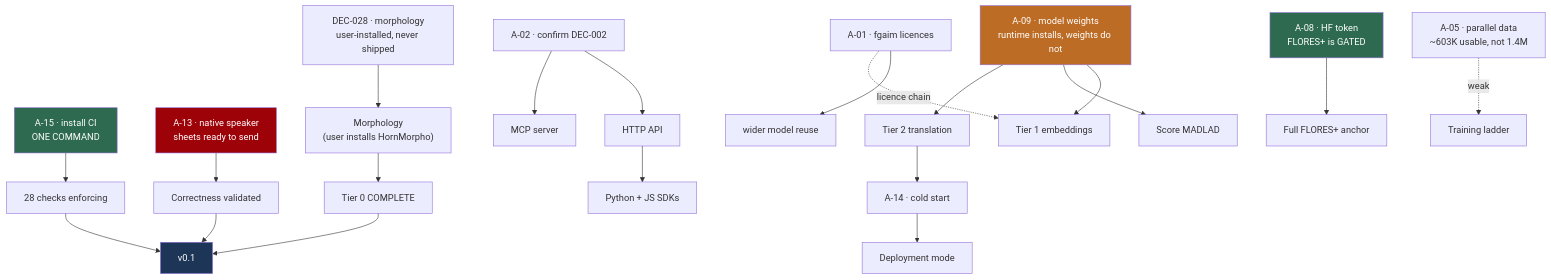
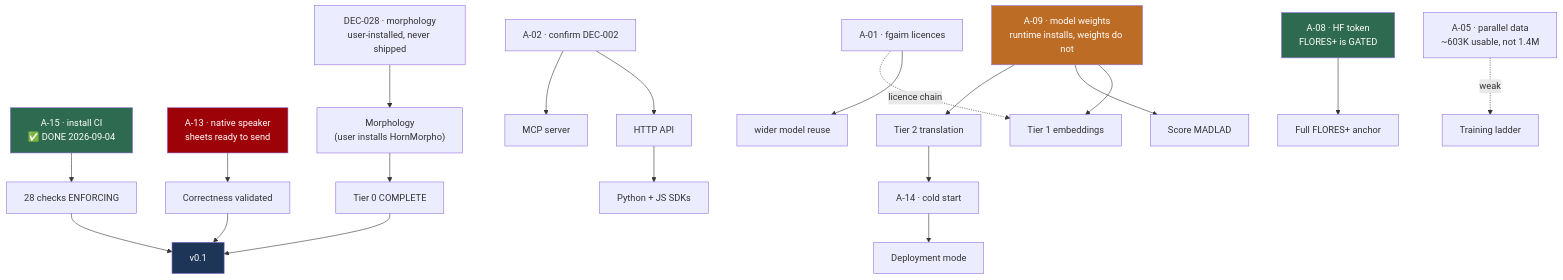
The diagram in docs/roadmap/READINESS_PLAN.md (abugassim8/Tigrigna-Intelligence), drawn with Mermaid before and after one commit. The commit also changed other lines of this file and 6 other files, not shown here.

````diff
--- a/docs/roadmap/READINESS_PLAN.md
+++ b/docs/roadmap/READINESS_PLAN.md
@@ -109,28 +114,28 @@
 ```mermaid
 graph TD
-    A15["A-15 · install CI<br/>ONE COMMAND"] --> ENF["28 checks enforcing"]
+    A15["A-15 · install CI<br/>✅ DONE 2026-09-04"] --> ENF["28 checks ENFORCING"]
     A13["A-13 · native speaker<br/>sheets ready to send"] --> CORRECT["Correctness validated"]
     A02["A-02 · confirm DEC-002"] --> API["HTTP API"]
     A02 --> MCP["MCP server"]
     API --> SDK["Python + JS SDKs"]
     A09["A-09 · model weights<br/>runtime installs, weights do not"] --> T1["Tier 1 embeddings"]
     A09 --> MADLAD["Score MADLAD"]
     A09 --> T2["Tier 2 translation"]
     A08["A-08 · HF token<br/>FLORES+ is GATED"] --> ANCHOR["Full FLORES+ anchor"]
     A01["A-01 · fgaim licences"] --> REUSE["wider model reuse"]
     A01 -.->|licence chain| T1
     A07["DEC-028 · morphology<br/>user-installed, never shipped"] --> MORPH["Morphology<br/>(user installs HornMorpho)"]
     A05["A-05 · parallel data<br/>~603K usable, not 1.4M"] -.->|weak| TRAIN["Training ladder"]
     T2 --> A14["A-14 · cold start"]
     A14 --> DEPLOY["Deployment mode"]
     MORPH --> MVP["Tier 0 COMPLETE"]
     CORRECT --> V01["v0.1"]
     MVP --> V01
     ENF --> V01
 
     style A15 fill:#2d6a4f,color:#fff
     style A13 fill:#9d0208,color:#fff
     style A09 fill:#bc6c25,color:#fff
     style A08 fill:#2d6a4f,color:#fff
     style V01 fill:#1d3557,color:#fff
 ```
````
